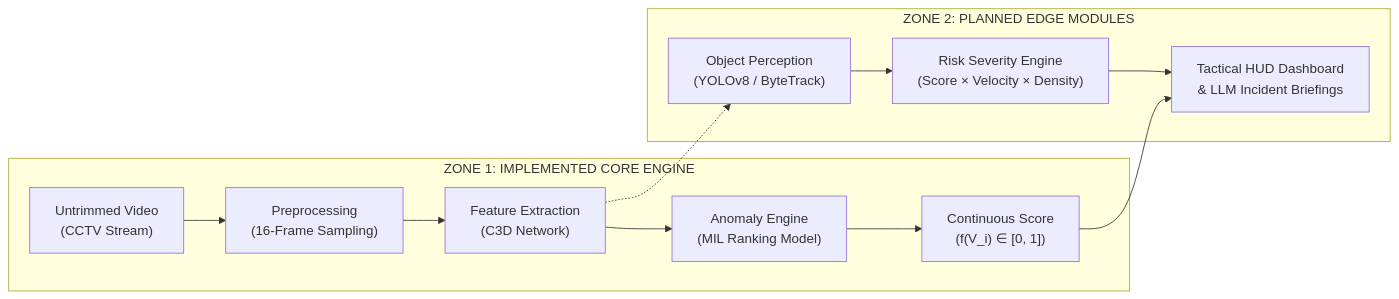
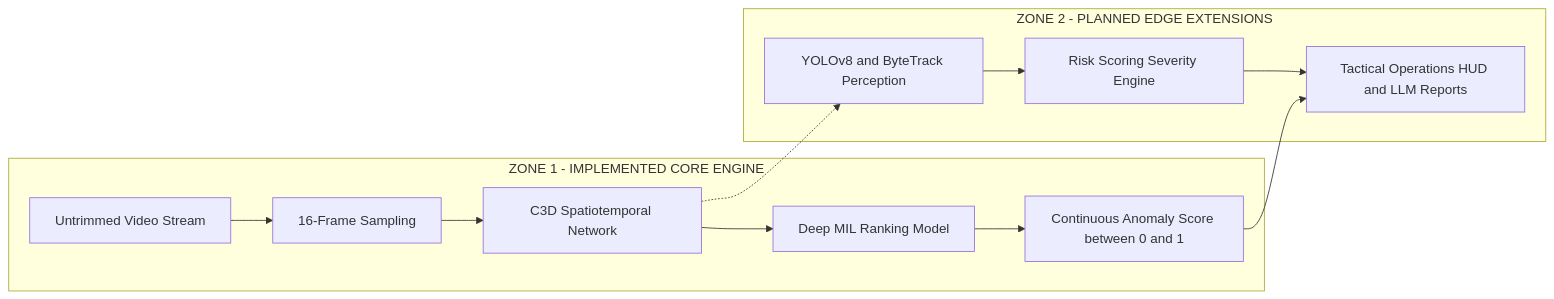
The third of 12 diagrams in README.md (kirancube/SentinelAIX), drawn with Mermaid before and after one commit. The commit also changed other lines of this file and 11 other files, not shown here.

Commit message:
fix(mermaid): resolve edge label syntax errors, add layman explanations, SOTA 2026 research comparison, and Vercel/Render cloud deployment

````diff
--- a/README.md
+++ b/README.md
@@ -85,17 +107,17 @@
 ```mermaid
 flowchart LR
-    subgraph Z1["ZONE 1: IMPLEMENTED CORE ENGINE"]
-        A["Untrimmed Video<br/>(CCTV Stream)"] --> B["Preprocessing<br/>(16-Frame Sampling)"]
-        B --> C["Feature Extraction<br/>(C3D Network)"]
-        C --> D["Anomaly Engine<br/>(MIL Ranking Model)"]
-        D --> E["Continuous Score<br/>(f(V_i) ∈ [0, 1])"]
+    subgraph ZONE1["ZONE 1 - IMPLEMENTED CORE ENGINE"]
+        INP["Untrimmed Video Stream"] --> PRE["16-Frame Sampling"]
+        PRE --> FEAT["C3D Spatiotemporal Network"]
+        FEAT --> RANK["Deep MIL Ranking Model"]
+        RANK --> SCOR["Continuous Anomaly Score between 0 and 1"]
     end
 
-    subgraph Z2["ZONE 2: PLANNED EDGE MODULES"]
-        C -.-> F["Object Perception<br/>(YOLOv8 / ByteTrack)"]
-        F --> G["Risk Severity Engine<br/>(Score × Velocity × Density)"]
-        G --> H["Tactical HUD Dashboard<br/>& LLM Incident Briefings"]
+    subgraph ZONE2["ZONE 2 - PLANNED EDGE EXTENSIONS"]
+        FEAT -.-> OBJ["YOLOv8 and ByteTrack Perception"]
+        OBJ --> SEV["Risk Scoring Severity Engine"]
+        SEV --> HUD["Tactical Operations HUD and LLM Reports"]
     end
 
-    E --> H
+    SCOR --> HUD
 ```
````
